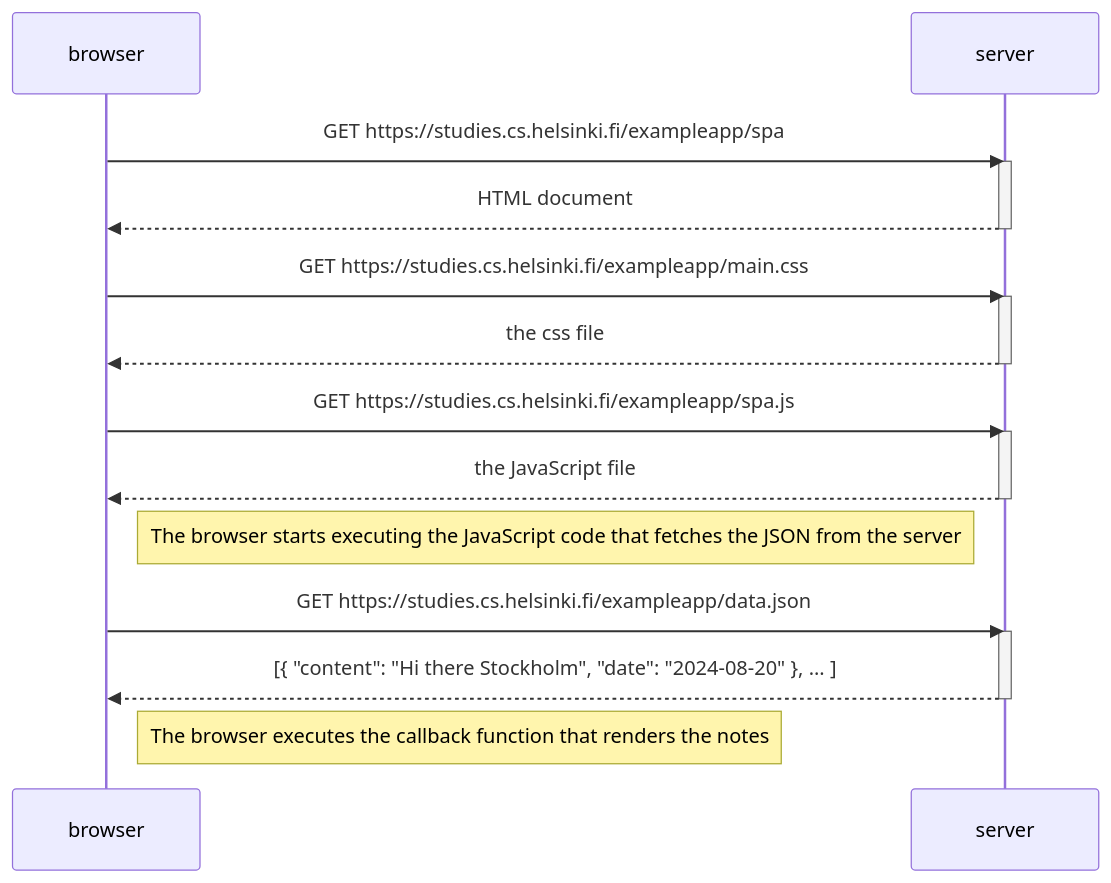
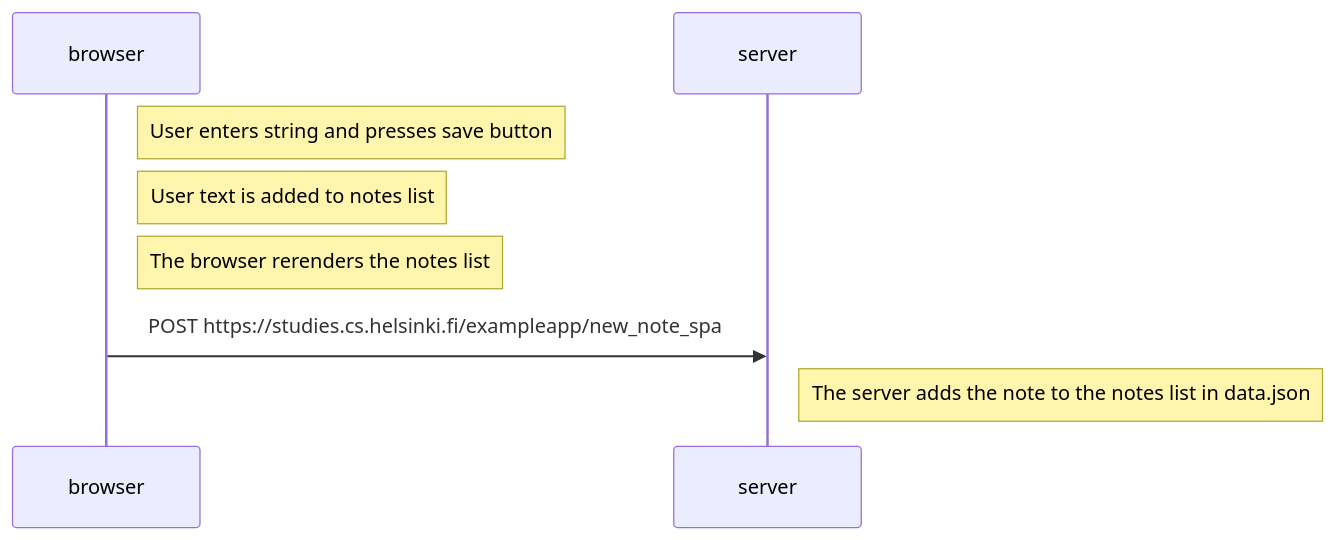
Before and after one commit to nuckynine/fullstack: the diagram in part0/0.6.md, drawn with Mermaid. The commit also changed other lines of this file, not shown here.

````diff
--- a/part0/0.6.md
+++ b/part0/0.6.md
@@ -1,29 +1,12 @@
 ```mermaid
 sequenceDiagram
     participant browser
     participant server
 
-    browser->>server: GET https://studies.cs.helsinki.fi/exampleapp/spa
-    activate server
-    server-->>browser: HTML document
-    deactivate server
+    Note right of browser: User enters string and presses save button
+    Note right of browser: User text is added to notes list
+    Note right of browser: The browser rerenders the notes list
 
-    browser->>server: GET https://studies.cs.helsinki.fi/exampleapp/main.css
-    activate server
-    server-->>browser: the css file
-    deactivate server
-
-    browser->>server: GET https://studies.cs.helsinki.fi/exampleapp/spa.js
-    activate server
-    server-->>browser: the JavaScript file
-    deactivate server
-
-    Note right of browser: The browser starts executing the JavaScript code that fetches the JSON from the server
-
-    browser->>server: GET https://studies.cs.helsinki.fi/exampleapp/data.json
-    activate server
-    server-->>browser: [{ "content": "Hi there Stockholm", "date": "2024-08-20" }, ... ]
-    deactivate server
-
-    Note right of browser: The browser executes the callback function that renders the notes
+    browser->>server: POST https://studies.cs.helsinki.fi/exampleapp/new_note_spa
+    Note right of server: The server adds the note to the notes list in data.json
 ```
````
